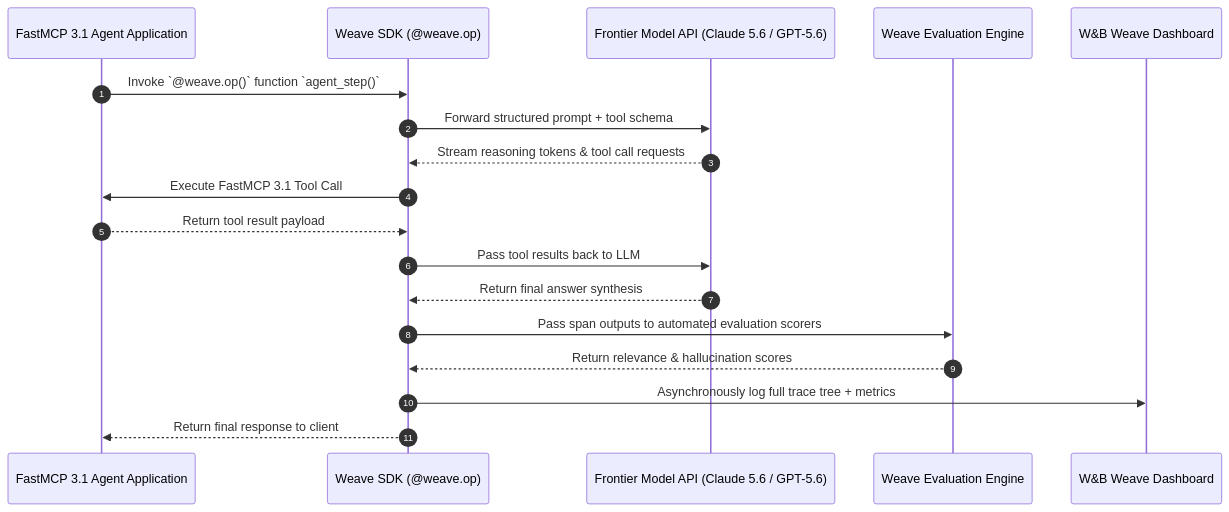
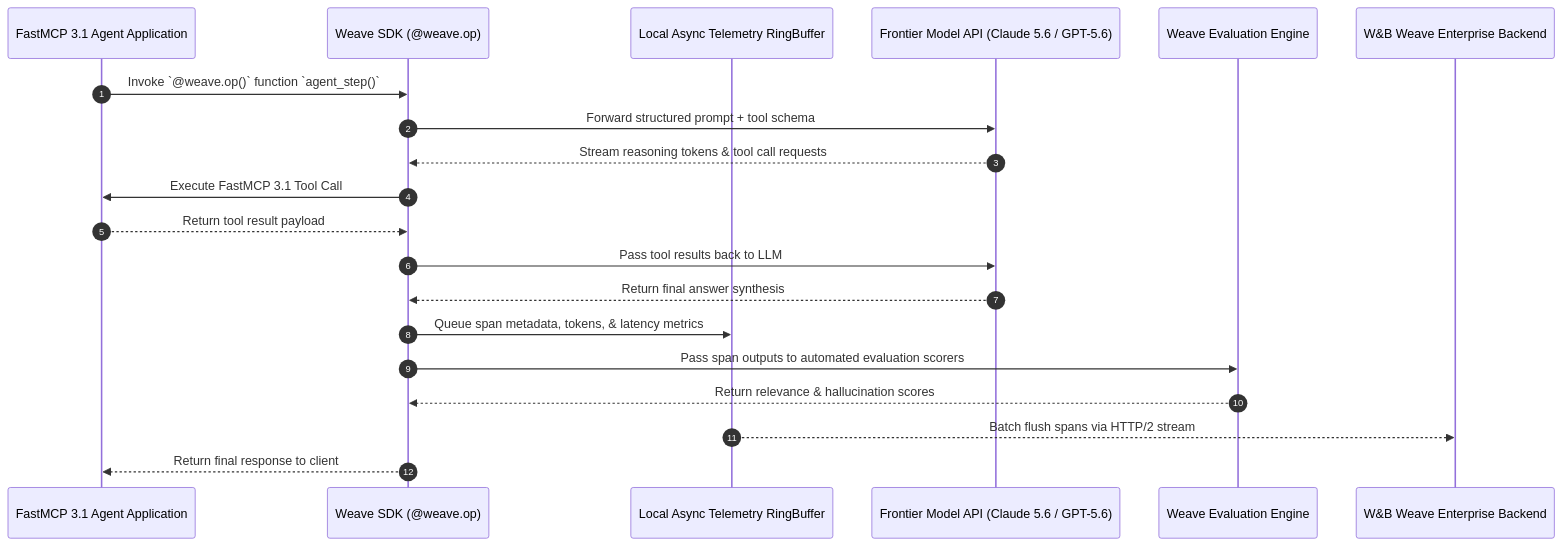
Before and after one commit to joanmarcriera/Home-office-automations: the second of 3 diagrams in docs/tools/process_understanding/wandb-weave.md, drawn with Mermaid. The commit also changed other lines of this file and 5 other files, not shown here.

````diff
--- a/docs/tools/process_understanding/wandb-weave.md
+++ b/docs/tools/process_understanding/wandb-weave.md
@@ -33,21 +25,23 @@
 ```mermaid
 sequenceDiagram
     autonumber
     participant App as FastMCP 3.1 Agent Application
     participant Weave as Weave SDK (@weave.op)
+    participant Buffer as Local Async Telemetry RingBuffer
     participant LLM as Frontier Model API (Claude 5.6 / GPT-5.6)
     participant Scorer as Weave Evaluation Engine
-    participant Dashboard as W&B Weave Dashboard
+    participant Dashboard as W&B Weave Enterprise Backend
 
     App->>Weave: Invoke `@weave.op()` function `agent_step()`
     Weave->>LLM: Forward structured prompt + tool schema
     LLM-->>Weave: Stream reasoning tokens & tool call requests
     Weave->>App: Execute FastMCP 3.1 Tool Call
     App-->>Weave: Return tool result payload
     Weave->>LLM: Pass tool results back to LLM
     LLM-->>Weave: Return final answer synthesis
+    Weave->>Buffer: Queue span metadata, tokens, & latency metrics
     Weave->>Scorer: Pass span outputs to automated evaluation scorers
     Scorer-->>Weave: Return relevance & hallucination scores
-    Weave->>Dashboard: Asynchronously log full trace tree + metrics
+    Buffer-->>Dashboard: Batch flush spans via HTTP/2 stream
     Weave-->>App: Return final response to client
 ```
````
